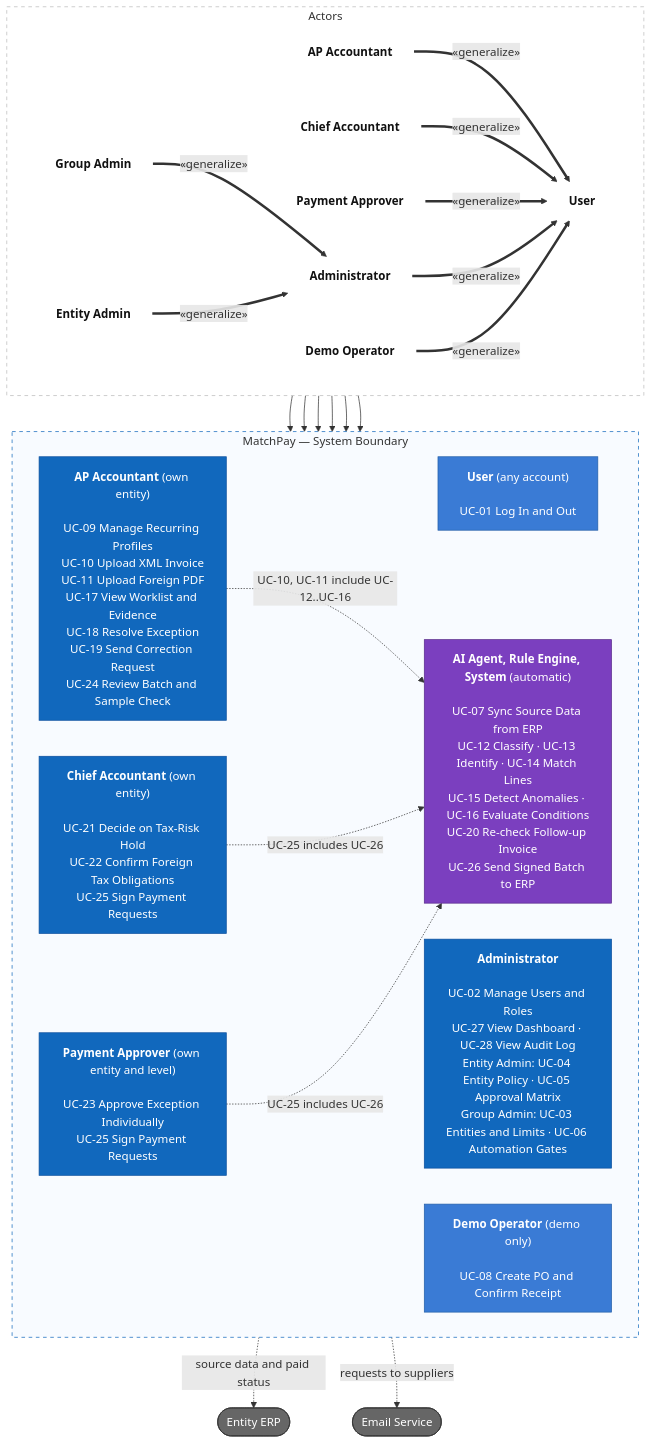
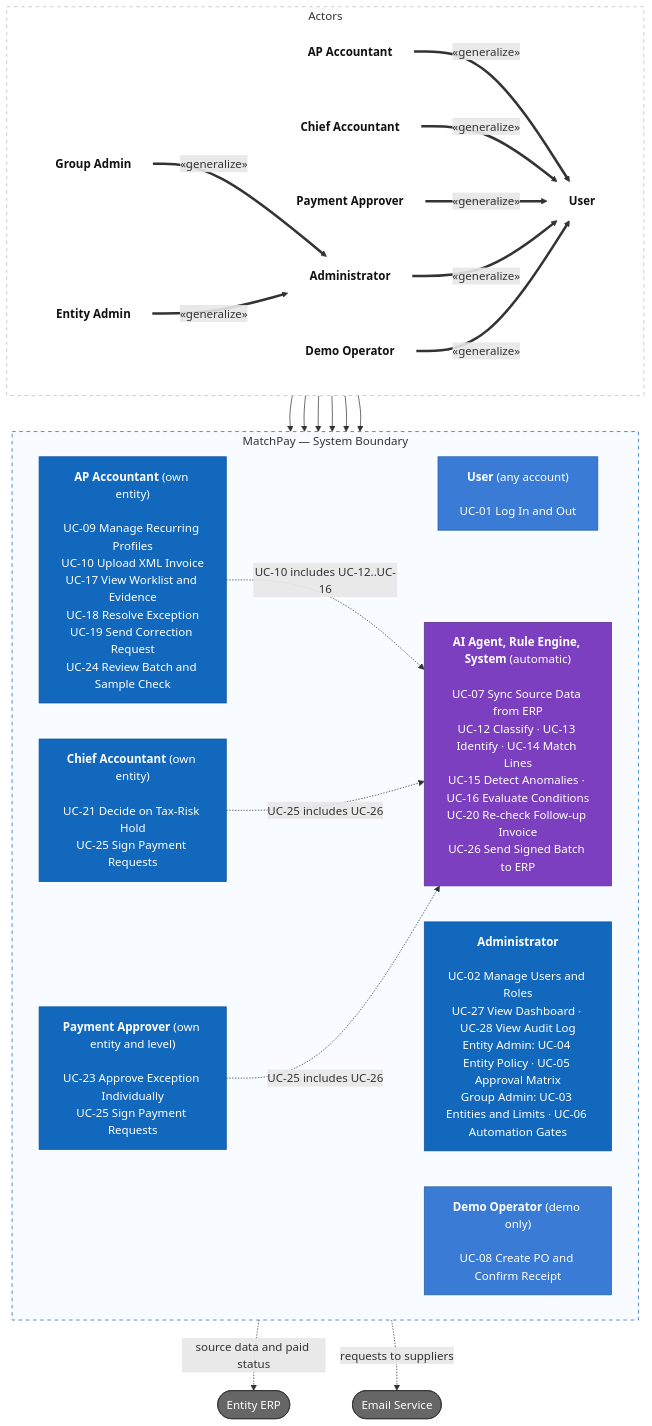
One commit to minhtuann1102/MatchPay changed the diagram in README.md. Above: the diagram before and after it, drawn with Mermaid. The commit also changed other lines of this file and 23 other files, not shown here.

````diff
--- a/README.md
+++ b/README.md
@@ -77,60 +77,60 @@
 ```mermaid
 flowchart TB
     subgraph roles["Actors"]
         direction LR
         user["<b>User</b>"]
         ap["<b>AP Accountant</b>"]
         chief["<b>Chief Accountant</b>"]
         approver["<b>Payment Approver</b>"]
         admin["<b>Administrator</b>"]
         groupAdmin["<b>Group Admin</b>"]
         entityAdmin["<b>Entity Admin</b>"]
         demo["<b>Demo Operator</b>"]
     end
 
     subgraph system["MatchPay — System Boundary"]
         direction LR
         userCases["<b>User</b> (any account)<br/><br/>UC-01 Log In and Out"]
-        apCases["<b>AP Accountant</b> (own entity)<br/><br/>UC-09 Manage Recurring Profiles<br/>UC-10 Upload XML Invoice<br/>UC-11 Upload Foreign PDF<br/>UC-17 View Worklist and Evidence<br/>UC-18 Resolve Exception<br/>UC-19 Send Correction Request<br/>UC-24 Review Batch and Sample Check"]
-        chiefCases["<b>Chief Accountant</b> (own entity)<br/><br/>UC-21 Decide on Tax-Risk Hold<br/>UC-22 Confirm Foreign Tax Obligations<br/>UC-25 Sign Payment Requests"]
+        apCases["<b>AP Accountant</b> (own entity)<br/><br/>UC-09 Manage Recurring Profiles<br/>UC-10 Upload XML Invoice<br/>UC-17 View Worklist and Evidence<br/>UC-18 Resolve Exception<br/>UC-19 Send Correction Request<br/>UC-24 Review Batch and Sample Check"]
+        chiefCases["<b>Chief Accountant</b> (own entity)<br/><br/>UC-21 Decide on Tax-Risk Hold<br/>UC-25 Sign Payment Requests"]
         approverCases["<b>Payment Approver</b> (own entity and level)<br/><br/>UC-23 Approve Exception Individually<br/>UC-25 Sign Payment Requests"]
         adminCases["<b>Administrator</b><br/><br/>UC-02 Manage Users and Roles<br/>UC-27 View Dashboard · UC-28 View Audit Log<br/>Entity Admin: UC-04 Entity Policy · UC-05 Approval Matrix<br/>Group Admin: UC-03 Entities and Limits · UC-06 Automation Gates"]
         demoCases["<b>Demo Operator</b> (demo only)<br/><br/>UC-08 Create PO and Confirm Receipt"]
         systemCases["<b>AI Agent, Rule Engine, System</b> (automatic)<br/><br/>UC-07 Sync Source Data from ERP<br/>UC-12 Classify · UC-13 Identify · UC-14 Match Lines<br/>UC-15 Detect Anomalies · UC-16 Evaluate Conditions<br/>UC-20 Re-check Follow-up Invoice<br/>UC-26 Send Signed Batch to ERP"]
     end
 
     erp(["Entity ERP"])
     mail(["Email Service"])
 
     ap ==>|"«generalize»"| user
     chief ==>|"«generalize»"| user
     approver ==>|"«generalize»"| user
     admin ==>|"«generalize»"| user
     demo ==>|"«generalize»"| user
     groupAdmin ==>|"«generalize»"| admin
     entityAdmin ==>|"«generalize»"| admin
     user --> userCases
     ap --> apCases
     chief --> chiefCases
     approver --> approverCases
     admin --> adminCases
     demo --> demoCases
-    apCases -.->|"UC-10, UC-11 include UC-12..UC-16"| systemCases
+    apCases -.->|"UC-10 includes UC-12..UC-16"| systemCases
     chiefCases -.->|"UC-25 includes UC-26"| systemCases
     approverCases -.->|"UC-25 includes UC-26"| systemCases
     systemCases -.->|"source data and paid status"| erp
     apCases -.->|"requests to suppliers"| mail
 
     classDef actor fill:none,stroke:none,color:#111
     classDef external fill:#666,color:#fff,stroke:#333
     classDef primary fill:#1168bd,color:#fff,stroke:#0b4f9e
     classDef standard fill:#3a7bd5,color:#fff,stroke:#245fa8
     classDef ai fill:#7b3fbf,color:#fff,stroke:#5a2d8c
     class user,ap,chief,approver,admin,groupAdmin,entityAdmin,demo actor
     class erp,mail external
     class apCases,chiefCases,approverCases,adminCases primary
     class userCases,demoCases standard
     class systemCases ai
     style roles fill:#fff,stroke:#bbb,stroke-dasharray:5 5
     style system fill:#f8fbff,stroke:#1168bd,stroke-dasharray:5 5
 ```
````
